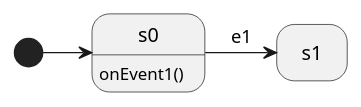
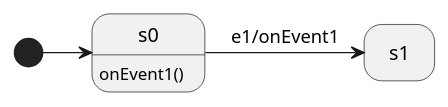
The diagram in resources/transition_action.puml (jfayot/dynamic-state-machine), drawn with PlantUML before and after one commit. The commit also changed 14 other files, not shown here.

```diff
--- a/resources/transition_action.puml
+++ b/resources/transition_action.puml
@@ -1,6 +1,6 @@
 @startuml
 hide empty description
 [*] -right-> s0
-s0 -right-> s1 : e1
+s0 -right-> s1 : e1/onEvent1
 s0: onEvent1()
 @enduml
```
